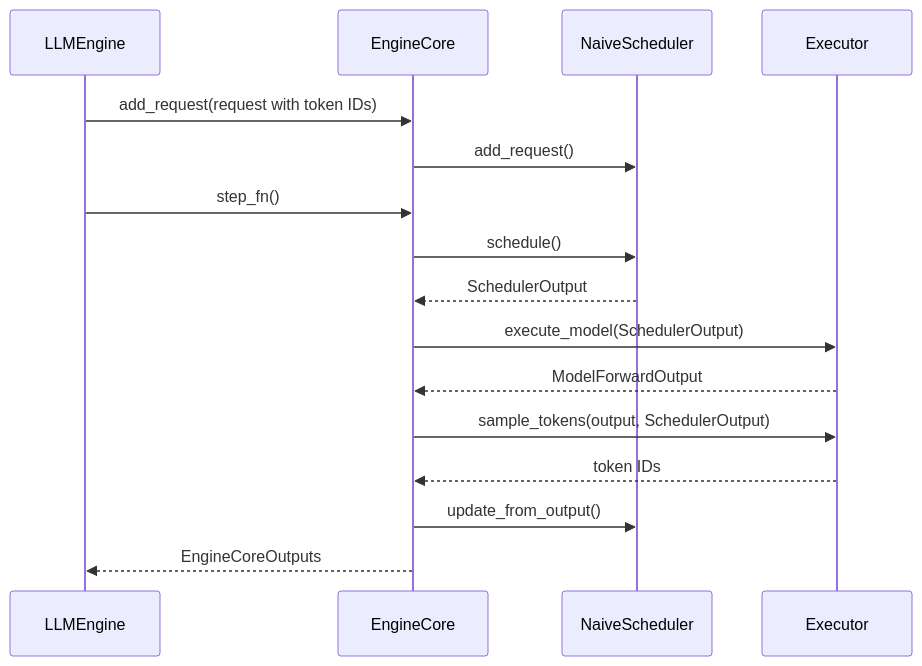
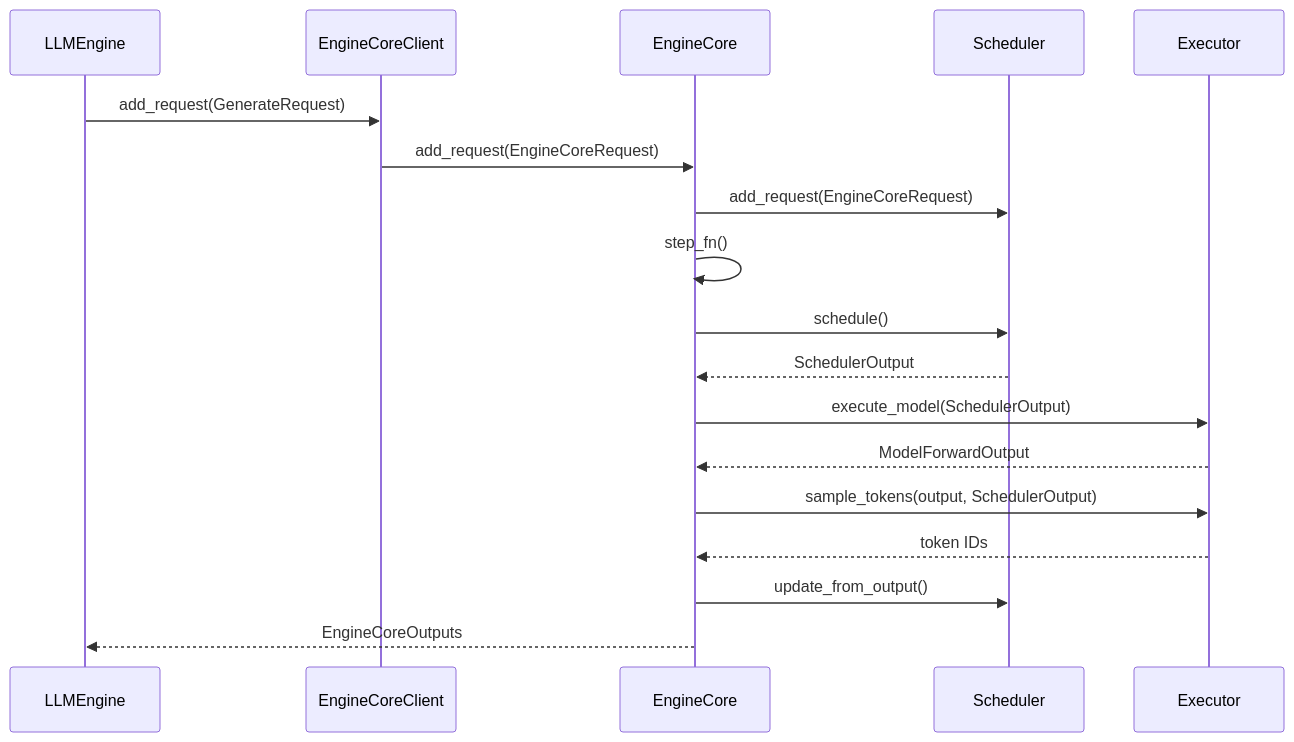
One commit to WangSu-X/xTokens changed the second of 3 diagrams in docs/design/S2-engine_core.md. Above: the diagram before and after it, drawn with Mermaid. The commit also changed other lines of this file and 52 other files, not shown here.

````diff
--- a/docs/design/S2-engine_core.md
+++ b/docs/design/S2-engine_core.md
@@ -72,19 +69,21 @@
 ```mermaid
 sequenceDiagram
     participant E as LLMEngine
+    participant I as EngineCoreClient
     participant C as EngineCore
-    participant S as NaiveScheduler
+    participant S as Scheduler
     participant X as Executor
 
-    E->>C: add_request(request with token IDs)
-    C->>S: add_request()
-    E->>C: step_fn()
+    E->>I: add_request(GenerateRequest)
+    I->>C: add_request(EngineCoreRequest)
+    C->>S: add_request(EngineCoreRequest)
+    C->>C: step_fn()
     C->>S: schedule()
     S-->>C: SchedulerOutput
     C->>X: execute_model(SchedulerOutput)
     X-->>C: ModelForwardOutput
     C->>X: sample_tokens(output, SchedulerOutput)
     X-->>C: token IDs
     C->>S: update_from_output()
     C-->>E: EngineCoreOutputs
 ```
````
